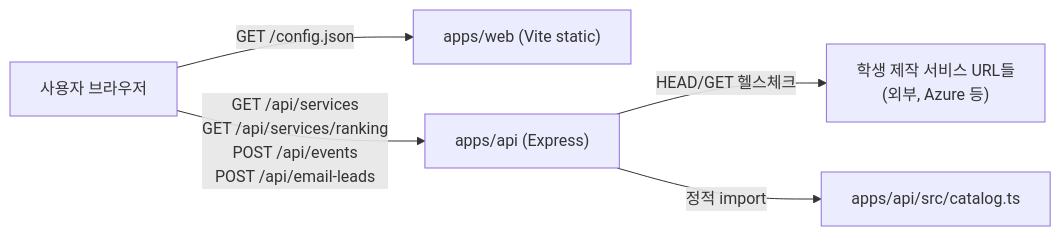
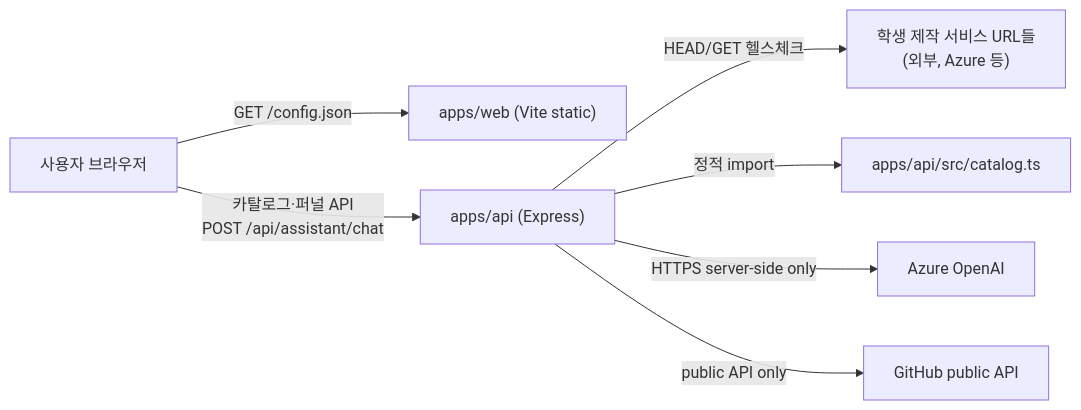
Before and after one commit to kimhyunbin08/Gyro: the diagram in trd.md, drawn with Mermaid. The commit also changed other lines of this file and 14 other files, not shown here.

````diff
--- a/trd.md
+++ b/trd.md
@@ -37,7 +42,9 @@
 ```mermaid
 flowchart LR
   U["사용자 브라우저"] -->|GET /config.json| W["apps/web (Vite static)"]
-  U -->|GET /api/services\nGET /api/services/ranking\nPOST /api/events\nPOST /api/email-leads| A["apps/api (Express)"]
+  U -->|카탈로그·퍼널 API\nPOST /api/assistant/chat| A["apps/api (Express)"]
   A -->|HEAD/GET 헬스체크| S["학생 제작 서비스 URL들\n(외부, Azure 등)"]
   A -->|정적 import| C["apps/api/src/catalog.ts"]
+  A -->|HTTPS server-side only| AOAI["Azure OpenAI"]
+  A -->|public API only| GH["GitHub public API"]
 ```
````
